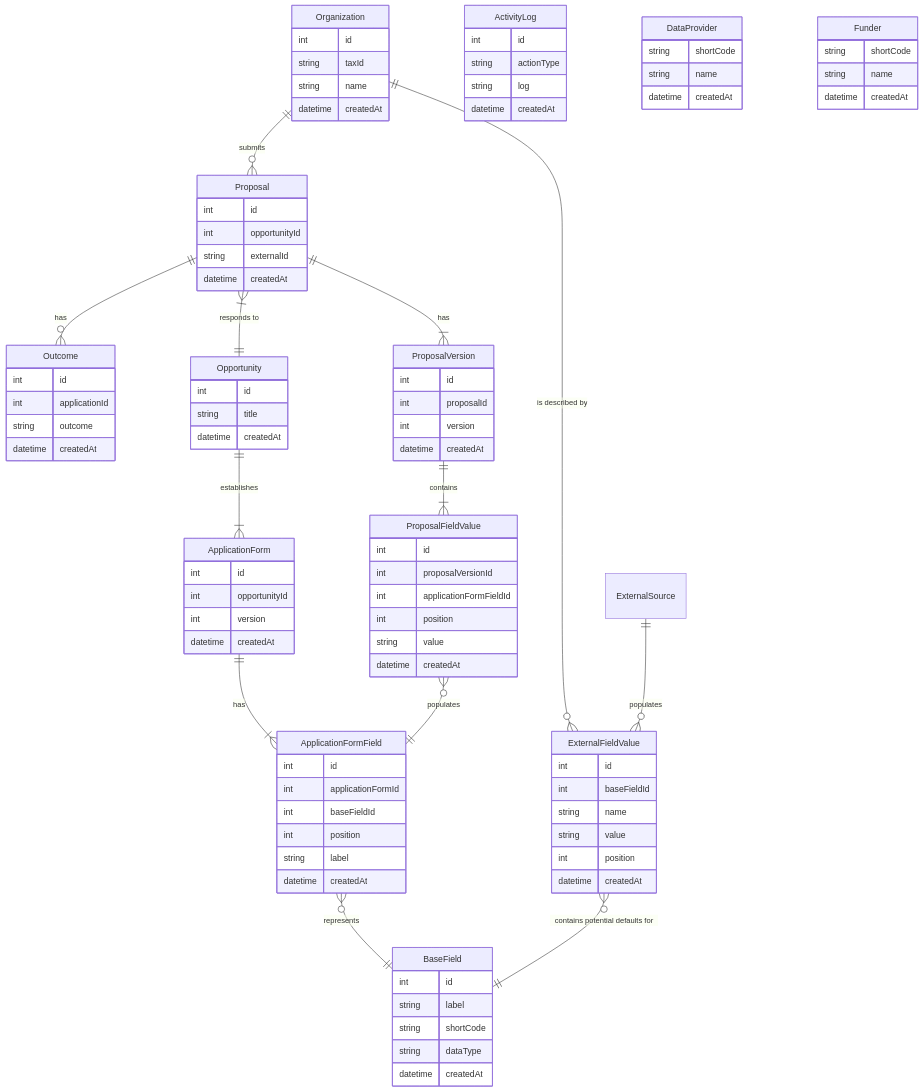
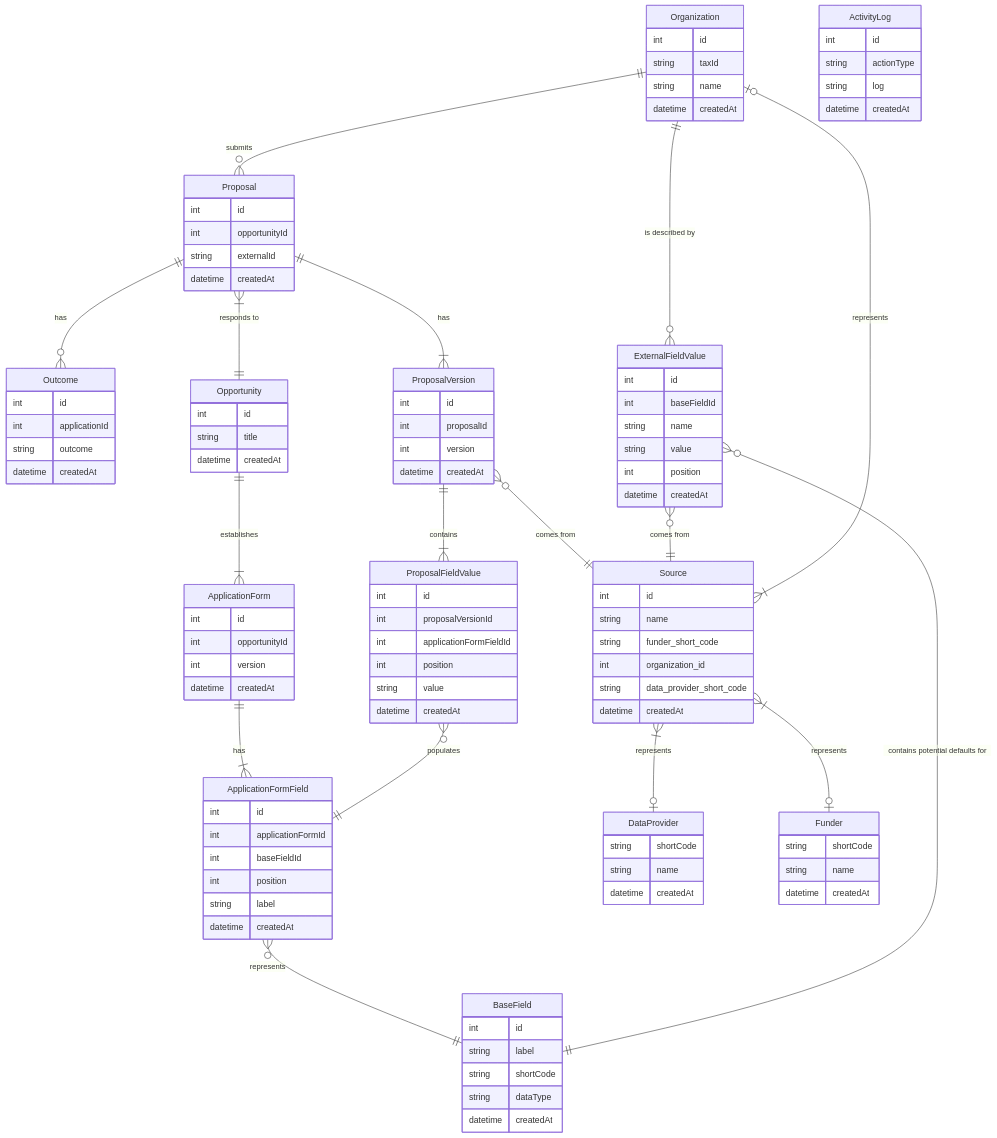
Before and after one commit to PhilanthropyDataCommons/service: the first of 4 diagrams in docs/ENTITY_RELATIONSHIP_DIAGRAM.md, drawn with Mermaid. The commit also changed 20 other files, not shown here.

````diff
--- a/docs/ENTITY_RELATIONSHIP_DIAGRAM.md
+++ b/docs/ENTITY_RELATIONSHIP_DIAGRAM.md
@@ -86,6 +86,14 @@
     string name
     datetime createdAt
   }
+  Source {
+    int id
+    string name
+    string funder_short_code
+    int organization_id
+    string data_provider_short_code
+    datetime createdAt
+  }
 
   Organization ||--o{ Proposal : submits
   Proposal }|--|| Opportunity : "responds to"
@@ -98,5 +106,9 @@
   ProposalFieldValue }o--|| ApplicationFormField : populates
   Organization ||--o{ ExternalFieldValue : "is described by"
   ExternalFieldValue }o--|| BaseField : "contains potential defaults for"
-  ExternalSource ||--o{ ExternalFieldValue : "populates"
+  Source }|--o| Funder : "represents"
+  Source }|--o| Organization : "represents"
+  Source }|--o| DataProvider : "represents"
+  ProposalVersion }o--|| Source : "comes from"
+  ExternalFieldValue }o--|| Source : "comes from"
 ```
````
